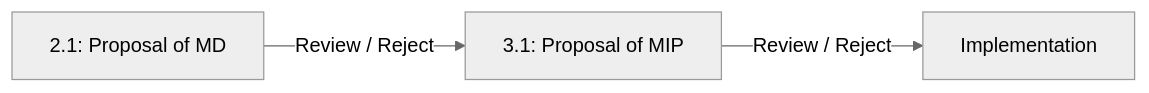
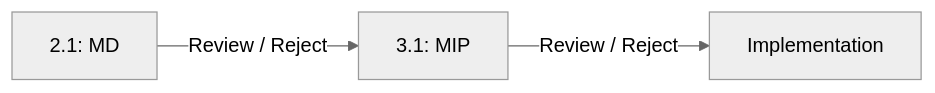
Before and after one commit to movementlabsxyz/MIP: the second of 2 diagrams in README.md, drawn with Mermaid (neutral theme). The commit also changed other lines of this file and 17 other files, not shown here.

````diff
--- a/README.md
+++ b/README.md
@@ -29,4 +31,4 @@
 ```mermaid
 graph LR
-    A[2.1: Proposal of MD] -- Review / Reject --> B[3.1: Proposal of MIP] -- Review / Reject --> C[Implementation]
+    A[2.1:  MD] -- Review / Reject --> B[3.1: MIP] -- Review / Reject --> C[Implementation]
 ```
````
